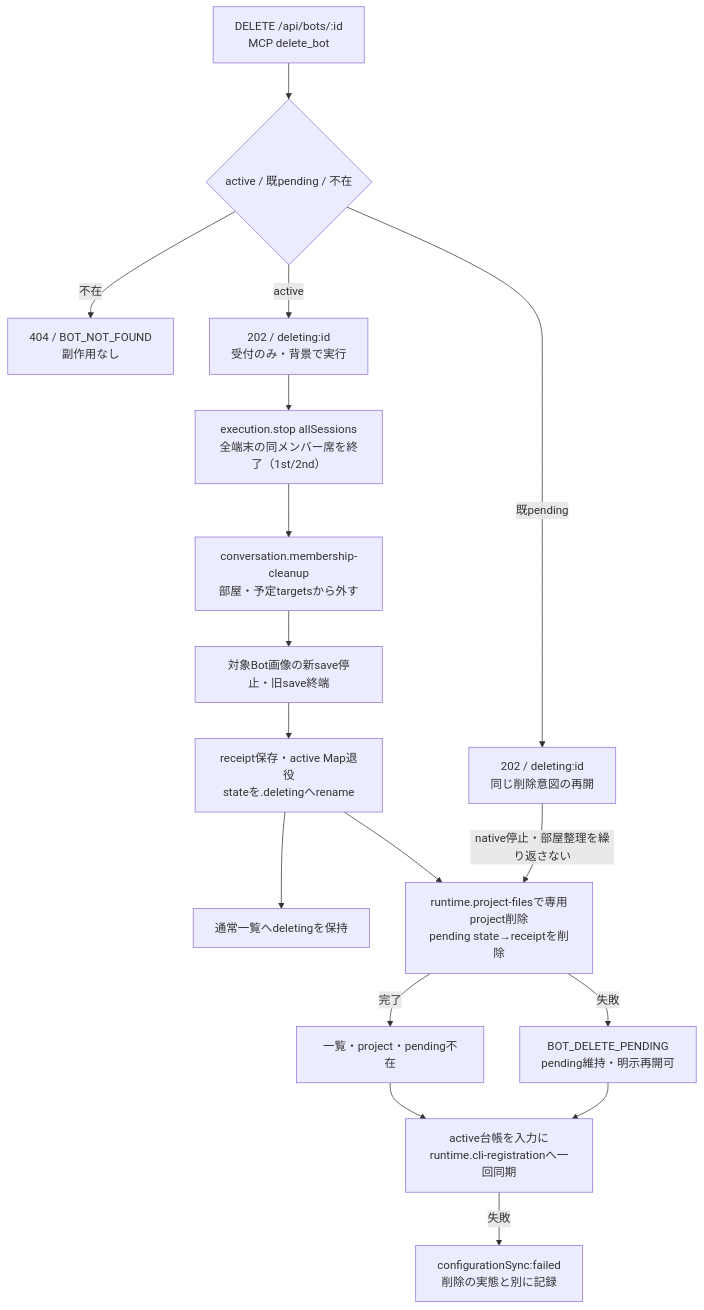
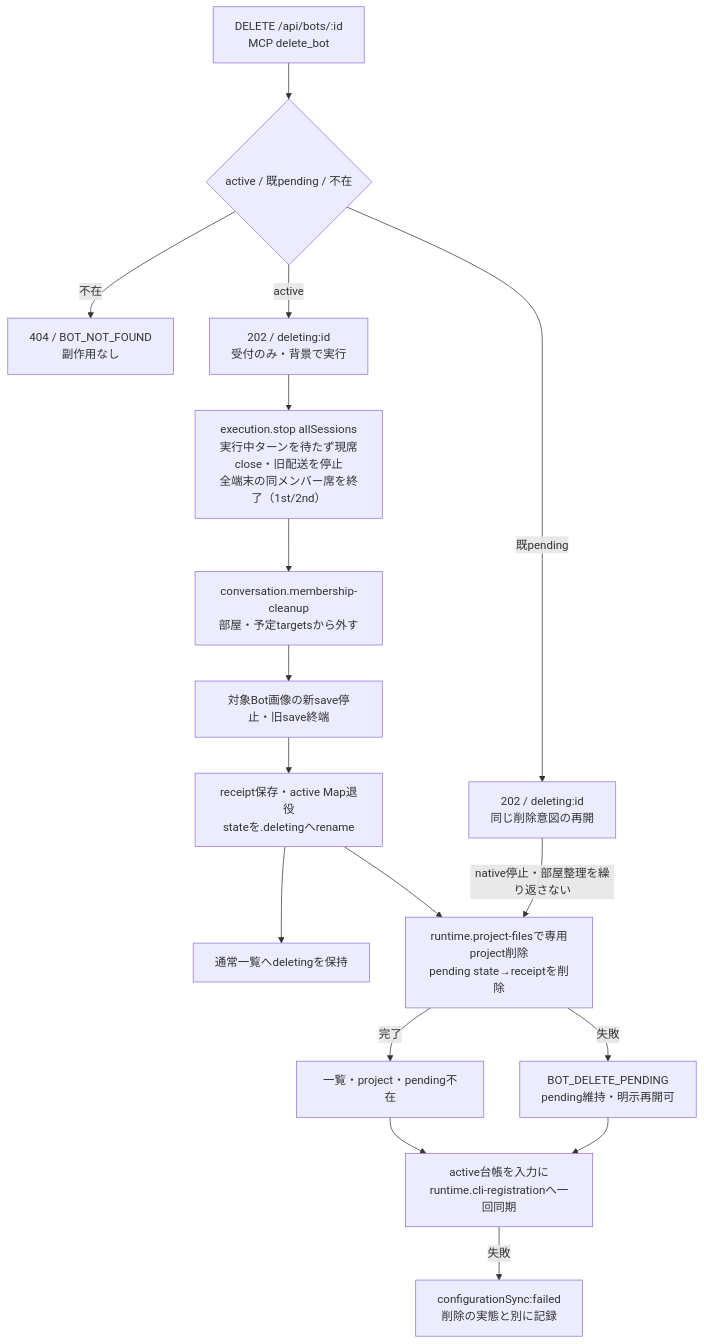
The first of 2 diagrams in docs/architecture/modules/members/deletion.md (kitepon/BellTeam), drawn with Mermaid before and after one commit. The commit also changed 4 other files, not shown here.

````diff
--- a/docs/architecture/modules/members/deletion.md
+++ b/docs/architecture/modules/members/deletion.md
@@ -5,19 +5,19 @@
 ```mermaid
 flowchart TD
   Input["DELETE /api/bots/:id<br/>MCP delete_bot"] --> Target{"active / 既pending / 不在"}
   Target -->|"不在"| Missing["404 / BOT_NOT_FOUND<br/>副作用なし"]
   Target -->|"active"| Accepted["202 / deleting:id<br/>受付のみ・背景で実行"]
   Target -->|"既pending"| Resume["202 / deleting:id<br/>同じ削除意図の再開"]
-  Accepted --> Stop["execution.stop allSessions<br/>全端末の同メンバー席を終了（1st/2nd）"]
+  Accepted --> Stop["execution.stop allSessions<br/>実行中ターンを待たず現席close・旧配送を停止<br/>全端末の同メンバー席を終了（1st/2nd）"]
   Stop --> Rooms["conversation.membership-cleanup<br/>部屋・予定targetsから外す"]
   Rooms --> Gate["対象Bot画像の新save停止・旧save終端"]
   Gate --> Record["receipt保存・active Map退役<br/>stateを.deletingへrename"]
   Record --> Listing["通常一覧へdeletingを保持"]
   Record --> Cleanup["runtime.project-filesで専用project削除<br/>pending state→receiptを削除"]
   Resume -->|"native停止・部屋整理を繰り返さない"| Cleanup
   Cleanup -->|"完了"| Absent["一覧・project・pending不在"]
   Cleanup -->|"失敗"| Pending["BOT_DELETE_PENDING<br/>pending維持・明示再開可"]
   Absent --> Sync["active台帳を入力に<br/>runtime.cli-registrationへ一回同期"]
   Pending --> Sync
   Sync -->|"失敗"| SyncError["configurationSync:failed<br/>削除の実態と別に記録"]
 ```
````
